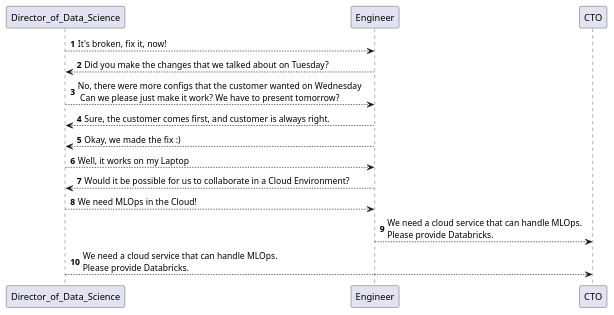
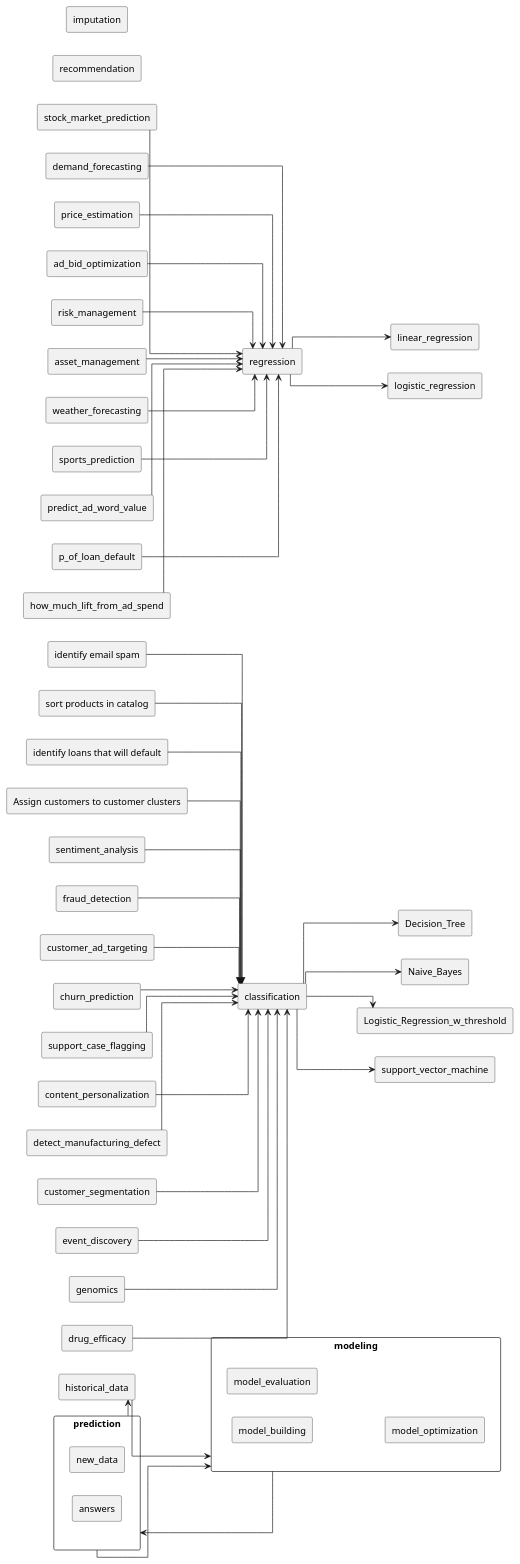
Before and after one commit to TechR10n/dbrx_ml_eng_cases: the diagram in uml/ml_eda_feature_eng_sequence.puml, drawn with PlantUML. The commit also changed 11 other files, not shown here.

```diff
--- a/uml/ml_eda_feature_eng_sequence.puml
+++ b/uml/ml_eda_feature_eng_sequence.puml
@@ -1,57 +1,147 @@
 @startuml
 'https://plantuml.com/sequence-diagram
+left to right direction
+skinparam linetype ortho
+' autonumber
 
-autonumber
+rectangle "identify email spam" as spam
+rectangle "sort products in catalog" as product_catalog
+rectangle "identify loans that will default" as loan_default
+rectangle "Assign customers to customer clusters" as customer_clustering
+rectangle sentiment_analysis
+rectangle fraud_detection
+rectangle customer_ad_targeting
+rectangle churn_prediction
+rectangle support_case_flagging
+rectangle content_personalization
+rectangle detect_manufacturing_defect
+rectangle customer_segmentation
+rectangle event_discovery
+rectangle genomics
+rectangle drug_efficacy
 
+rectangle classification
+rectangle regression
+rectangle recommendation
+rectangle imputation
+
+rectangle Decision_Tree
+rectangle Naive_Bayes
+rectangle Logistic_Regression_w_threshold
+rectangle support_vector_machine
+
+spam --> classification
+product_catalog --> classification
+loan_default --> classification
+customer_clustering --> classification
+sentiment_analysis --> classification
+fraud_detection --> classification
+customer_ad_targeting --> classification
+churn_prediction --> classification
+support_case_flagging --> classification
+content_personalization --> classification
+detect_manufacturing_defect --> classification
+customer_segmentation --> classification
+event_discovery --> classification
+genomics --> classification
+drug_efficacy --> classification
+
+
+
+classification --> Decision_Tree
+classification --> Naive_Bayes
+classification --> Logistic_Regression_w_threshold
+classification --> support_vector_machine
+
+
+rectangle stock_market_prediction
+rectangle demand_forecasting
+rectangle price_estimation
+rectangle ad_bid_optimization
+rectangle risk_management
+rectangle asset_management
+rectangle weather_forecasting
+rectangle sports_prediction
+rectangle predict_ad_word_value
+rectangle p_of_loan_default
+rectangle how_much_lift_from_ad_spend
+
+rectangle linear_regression
+rectangle logistic_regression
+
+
+stock_market_prediction --> regression
+demand_forecasting --> regression
+price_estimation --> regression
+ad_bid_optimization --> regression
+risk_management --> regression
+asset_management --> regression
+weather_forecasting --> regression
+sports_prediction --> regression
+predict_ad_word_value --> regression
+p_of_loan_default --> regression
+how_much_lift_from_ad_spend --> regression
+
+regression --> linear_regression
+regression --> logistic_regression
 
 
 '## Task 1
 '### Read Data from Delta Table
 'Use Spark to read data from the Delta table into a DataFrame.
 'Task 2 Manage Data Permissions
 'Establish controlled access to the Telco Delta table by granting specific permissions for essential actions.
 'Grant permissions for specific actions (e.g., read, write) on the Delta table.
 
 '## Task 3: Show Summary Statistics
 'Compute and present key statistical metrics to gain a comprehensive understanding of the Telco dataset.
 '- Utilize PySpark to compute and display summary statistics for the Telco dataset.
 '+ Include key metrics such as mean, standard deviation, min, max, etc.
 
 'Task 4: Use Data Profiler to Explore DataFrame
 'Use the Data Profiler and Visualization Editor tools.
 '
 'Use the Data Profiler to explore the structure, data types, and basic statistics of the DataFrame.
 '- Task 4.1.1: Identify columns with missing values and analyze the percentage of missing data for each column.
 '- Task 4.1.2: Review the data types of each column to ensure they match expectations. Identify any columns that might need type conversion.
 '- Use Visualization Editor to Check Outliers and Data Distributions:
 '- Task 4.2.1: Create a bar chart to visualize the distribution of churned and non-churned customers.
 '- Task 4.2.2: Generate a pie chart to visualize the distribution of different contract types.
 '- Task 4.2.3: Create a scatter plot to explore the relationship between monthly charges and total charges.
 '- Task 4.2.4: Visualize the count of customers for each payment method using a bar chart.
 '- Task 4.2.5: Compare monthly charges for different contract types using a box plot.
 
 '## Task 5
 '### Drop the Column
 'Remove a specific column, enhancing data cleanliness and focus.
 'Identify the column that needs to be dropped. For example, let's say we want to drop the 'SeniorCitizen' column.
 'Use the appropriate command or method to drop the identified column from the Telco dataset.
 'Verify that the column has been successfully dropped by displaying the updated dataset.
 
 ' ## Task 7
 ' ### Read previous versions of the delta table
   'Demonstrate the ability to read data from a specific version of the Delta table.
   'Replace the timestamp in the code with the actual version or timestamp of interest.
-Director_of_Data_Science --> Engineer : It's broken, fix it, now!
-Engineer --> Director_of_Data_Science : Did you make the changes that we talked about on Tuesday?
-Director_of_Data_Science --> Engineer : No, there were more configs that the customer wanted on Wednesday \n Can we please just make it work? We have to present tomorrow?
-Engineer --> Director_of_Data_Science : Sure, the customer comes first, and customer is always right.
-Engineer --> Director_of_Data_Science : Okay, we made the fix :)
+' data_scientist --> bronze_table : read raw data from Bronze
 
-Director_of_Data_Science --> Engineer : Well, it works on my Laptop
-Engineer --> Director_of_Data_Science : Would it be possible for us to collaborate in a Cloud Environment?
-Director_of_Data_Science --> Engineer : We need MLOps in the Cloud!
 
-Engineer --> CTO : We need a cloud service that can handle MLOps.\nPlease provide Databricks.
-Director_of_Data_Science --> CTO : We need a cloud service that can handle MLOps.\nPlease provide Databricks.
+rectangle historical_data
+rectangle modeling {
+    rectangle model_building
+    rectangle model_evaluation
+    rectangle model_optimization
+}
+
+rectangle prediction {
+    rectangle new_data
+    rectangle answers
+}
+
+historical_data --> modeling
+modeling --> prediction
+prediction --> modeling
+
+prediction --> historical_data
+
 
 @enduml
```
